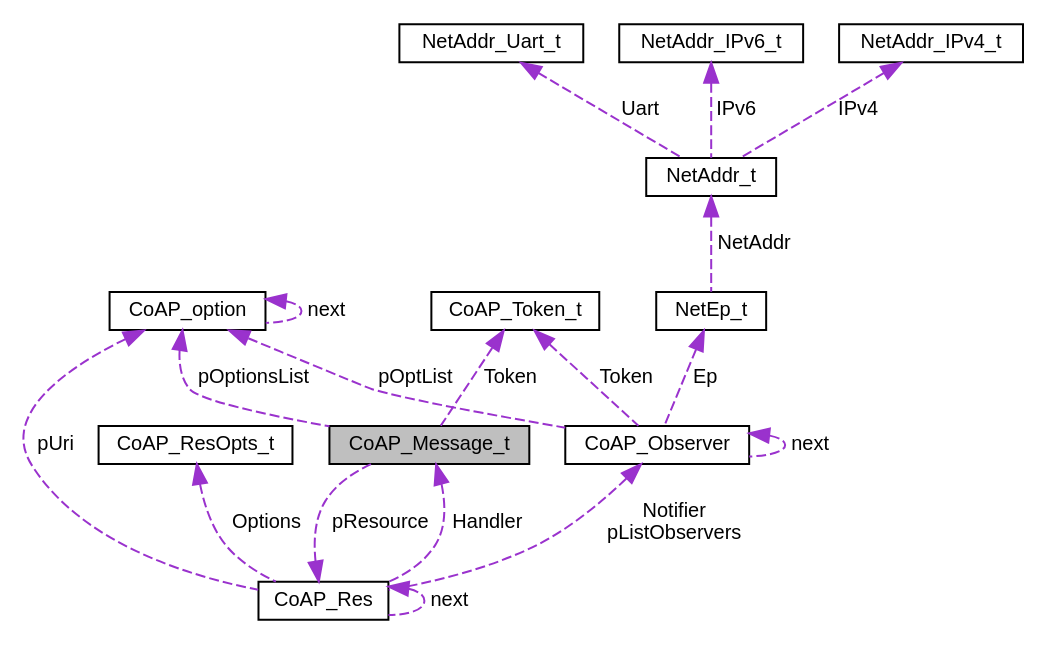
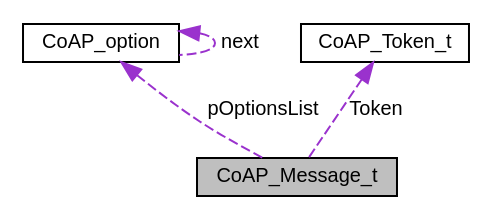
One commit to MarcelNoten/MarcelNoten.github.io changed the diagram in struct_co_a_p___message__t__coll__graph.dot. Above: the diagram before and after it, drawn with Graphviz. The commit also changed 546 other files, not shown here.

```diff
--- a/struct_co_a_p___message__t__coll__graph.dot
+++ b/struct_co_a_p___message__t__coll__graph.dot
@@ -1,34 +1,12 @@
 digraph "CoAP_Message_t"
 {
  // LATEX_PDF_SIZE
   edge [fontname="Helvetica",fontsize="10",labelfontname="Helvetica",labelfontsize="10"];
   node [fontname="Helvetica",fontsize="10",shape=record];
-  Node1 [label="CoAP_Message_t",height=0.2,width=0.4,color="black", fillcolor="grey75", style="filled", fontcolor="black",tooltip=" "];
-  Node2 -> Node1 [dir="back",color="darkorchid3",fontsize="10",style="dashed",label=" pResource" ,fontname="Helvetica"];
-  Node2 [label="CoAP_Res",height=0.2,width=0.4,color="black", fillcolor="white", style="filled",URL="$struct_co_a_p___res.html",tooltip=" "];
-  Node3 -> Node2 [dir="back",color="darkorchid3",fontsize="10",style="dashed",label=" Options" ,fontname="Helvetica"];
-  Node3 [label="CoAP_ResOpts_t",height=0.2,width=0.4,color="black", fillcolor="white", style="filled",URL="$struct_co_a_p___res_opts__t.html",tooltip=" "];
-  Node4 -> Node2 [dir="back",color="darkorchid3",fontsize="10",style="dashed",label=" Notifier\npListObservers" ,fontname="Helvetica"];
-  Node4 [label="CoAP_Observer",height=0.2,width=0.4,color="black", fillcolor="white", style="filled",URL="$struct_co_a_p___observer.html",tooltip=" "];
-  Node4 -> Node4 [dir="back",color="darkorchid3",fontsize="10",style="dashed",label=" next" ,fontname="Helvetica"];
-  Node5 -> Node4 [dir="back",color="darkorchid3",fontsize="10",style="dashed",label=" pOptList" ,fontname="Helvetica"];
-  Node5 [label="CoAP_option",height=0.2,width=0.4,color="black", fillcolor="white", style="filled",URL="$struct_co_a_p__option.html",tooltip=" "];
-  Node5 -> Node5 [dir="back",color="darkorchid3",fontsize="10",style="dashed",label=" next" ,fontname="Helvetica"];
-  Node6 -> Node4 [dir="back",color="darkorchid3",fontsize="10",style="dashed",label=" Token" ,fontname="Helvetica"];
-  Node6 [label="CoAP_Token_t",height=0.2,width=0.4,color="black", fillcolor="white", style="filled",URL="$struct_co_a_p___token__t.html",tooltip=" "];
-  Node7 -> Node4 [dir="back",color="darkorchid3",fontsize="10",style="dashed",label=" Ep" ,fontname="Helvetica"];
-  Node7 [label="NetEp_t",height=0.2,width=0.4,color="black", fillcolor="white", style="filled",URL="$struct_net_ep__t.html",tooltip=" "];
-  Node8 -> Node7 [dir="back",color="darkorchid3",fontsize="10",style="dashed",label=" NetAddr" ,fontname="Helvetica"];
-  Node8 [label="NetAddr_t",height=0.2,width=0.4,color="black", fillcolor="white", style="filled",URL="$union_net_addr__t.html",tooltip=" "];
-  Node9 -> Node8 [dir="back",color="darkorchid3",fontsize="10",style="dashed",label=" Uart" ,fontname="Helvetica"];
-  Node9 [label="NetAddr_Uart_t",height=0.2,width=0.4,color="black", fillcolor="white", style="filled",URL="$struct_net_addr___uart__t.html",tooltip=" "];
-  Node10 -> Node8 [dir="back",color="darkorchid3",fontsize="10",style="dashed",label=" IPv6" ,fontname="Helvetica"];
-  Node10 [label="NetAddr_IPv6_t",height=0.2,width=0.4,color="black", fillcolor="white", style="filled",URL="$union_net_addr___i_pv6__t.html",tooltip=" "];
-  Node11 -> Node8 [dir="back",color="darkorchid3",fontsize="10",style="dashed",label=" IPv4" ,fontname="Helvetica"];
-  Node11 [label="NetAddr_IPv4_t",height=0.2,width=0.4,color="black", fillcolor="white", style="filled",URL="$union_net_addr___i_pv4__t.html",tooltip=" "];
-  Node1 -> Node2 [dir="back",color="darkorchid3",fontsize="10",style="dashed",label=" Handler" ,fontname="Helvetica"];
+  Node1 [label="CoAP_Message_t",height=0.2,width=0.4,color="black", fillcolor="grey75", style="filled", fontcolor="black",tooltip="Coap message."];
+  Node2 -> Node1 [dir="back",color="darkorchid3",fontsize="10",style="dashed",label=" pOptionsList" ,fontname="Helvetica"];
+  Node2 [label="CoAP_option",height=0.2,width=0.4,color="black", fillcolor="white", style="filled",URL="$struct_co_a_p__option.html",tooltip="Coap option."];
   Node2 -> Node2 [dir="back",color="darkorchid3",fontsize="10",style="dashed",label=" next" ,fontname="Helvetica"];
-  Node5 -> Node2 [dir="back",color="darkorchid3",fontsize="10",style="dashed",label=" pUri" ,fontname="Helvetica"];
-  Node5 -> Node1 [dir="back",color="darkorchid3",fontsize="10",style="dashed",label=" pOptionsList" ,fontname="Helvetica"];
-  Node6 -> Node1 [dir="back",color="darkorchid3",fontsize="10",style="dashed",label=" Token" ,fontname="Helvetica"];
+  Node3 -> Node1 [dir="back",color="darkorchid3",fontsize="10",style="dashed",label=" Token" ,fontname="Helvetica"];
+  Node3 [label="CoAP_Token_t",height=0.2,width=0.4,color="black", fillcolor="white", style="filled",URL="$struct_co_a_p___token__t.html",tooltip="Coap token."];
 }
```
